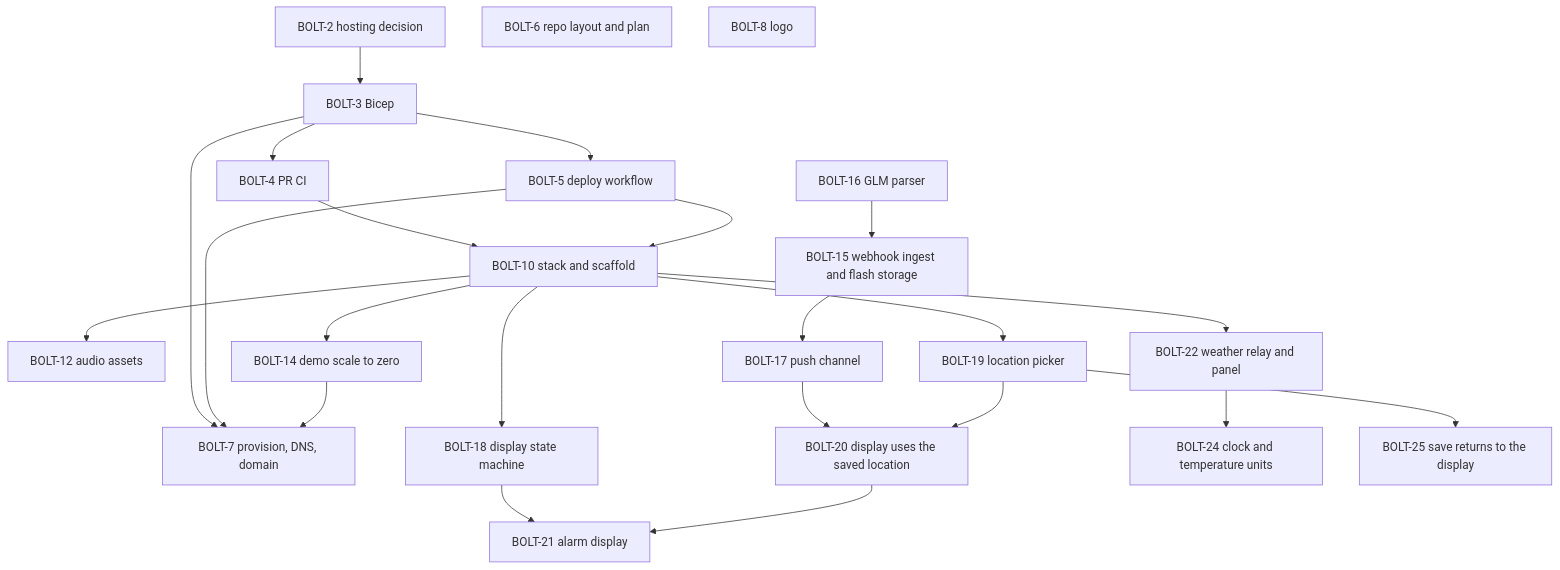
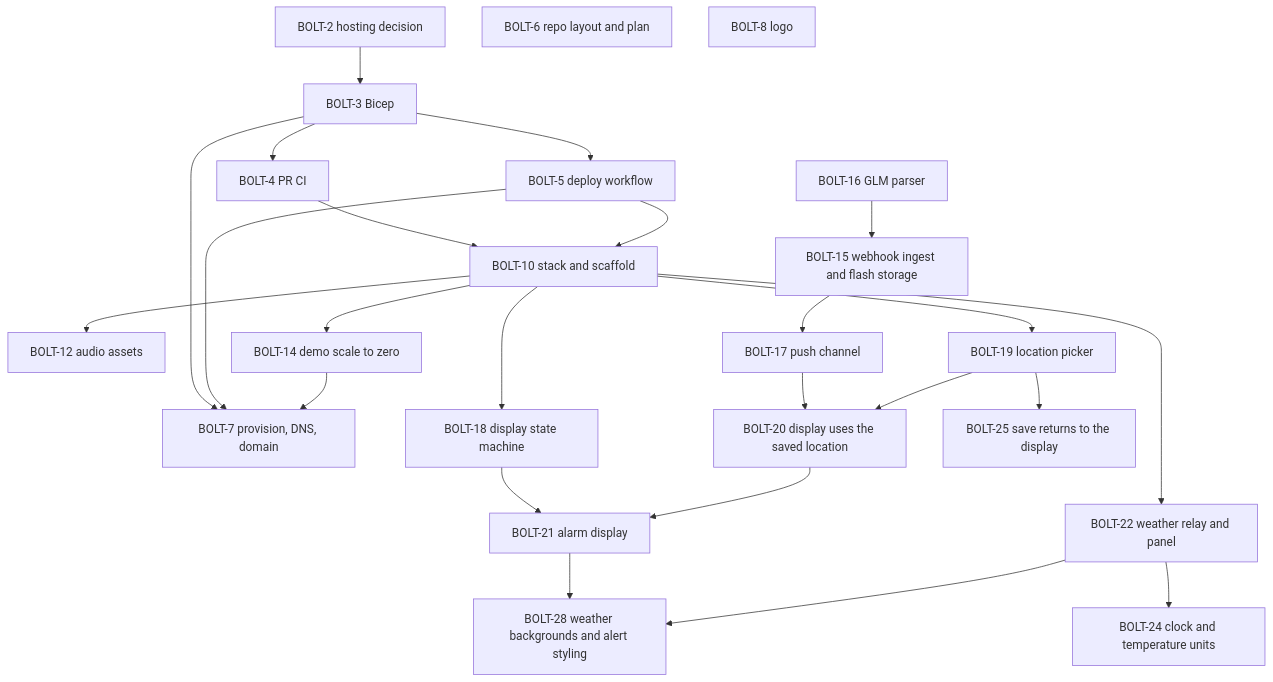
Before and after one commit to henrique-meyer/boltclock: the diagram in docs/plan.md, drawn with Mermaid. The commit also changed other lines of this file and 10 other files, not shown here.

First line of the commit message:
BOLT-28 Weather backgrounds and unmistakable alert styling

````diff
--- a/docs/plan.md
+++ b/docs/plan.md
@@ -15,45 +15,48 @@
 ```mermaid
 flowchart TD
   s2[BOLT-2 hosting decision]
   s3[BOLT-3 Bicep]
   s4[BOLT-4 PR CI]
   s5[BOLT-5 deploy workflow]
   s6[BOLT-6 repo layout and plan]
   s7[BOLT-7 provision, DNS, domain]
   s8[BOLT-8 logo]
   s10[BOLT-10 stack and scaffold]
   s12[BOLT-12 audio assets]
   s14[BOLT-14 demo scale to zero]
   s15[BOLT-15 webhook ingest and flash storage]
   s16[BOLT-16 GLM parser]
   s17[BOLT-17 push channel]
   s18[BOLT-18 display state machine]
   s19[BOLT-19 location picker]
   s20[BOLT-20 display uses the saved location]
   s21[BOLT-21 alarm display]
   s22[BOLT-22 weather relay and panel]
   s24[BOLT-24 clock and temperature units]
   s25[BOLT-25 save returns to the display]
+  s28[BOLT-28 weather backgrounds and alert styling]
   s2 --> s3
   s4 --> s10
   s5 --> s10
   s3 --> s4
   s3 --> s5
   s3 --> s7
   s5 --> s7
   s10 --> s12
   s10 --> s14
   s14 --> s7
   s16 --> s15
   s15 --> s17
   s10 --> s18
   s10 --> s19
   s17 --> s20
   s19 --> s20
 
   s18 --> s21
   s20 --> s21
   s10 --> s22
   s22 --> s24
   s19 --> s25
+  s21 --> s28
+  s22 --> s28
 ```
````
